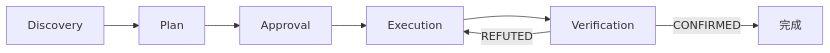
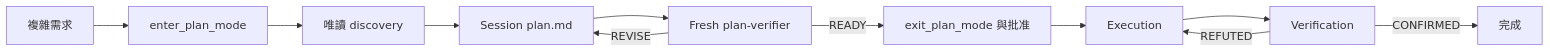
The third of 3 diagrams in README.zh-TW.md (Nanako0129/pilotfish-grok), drawn with Mermaid before and after one commit. The commit also changed other lines of this file and 12 other files, not shown here.

````diff
--- a/README.zh-TW.md
+++ b/README.zh-TW.md
@@ -118,9 +122,13 @@
 ```mermaid
 flowchart LR
-    D[Discovery] --> P[Plan]
-    P --> A[Approval]
+    R[複雜需求] --> N[enter_plan_mode]
+    N --> D[唯讀 discovery]
+    D --> P[Session plan.md]
+    P --> PV[Fresh plan-verifier]
+    PV -->|REVISE| P
+    PV -->|READY| A[exit_plan_mode 與批准]
     A --> E[Execution]
     E --> V[Verification]
     V -->|REFUTED| E
     V -->|CONFIRMED| Done[完成]
 ```
````
